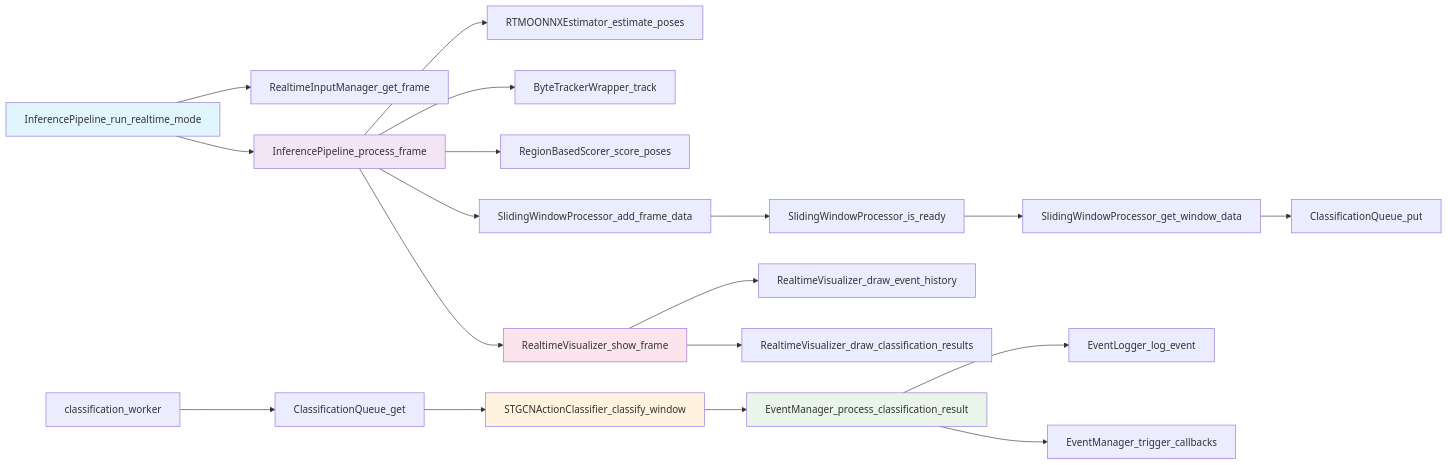
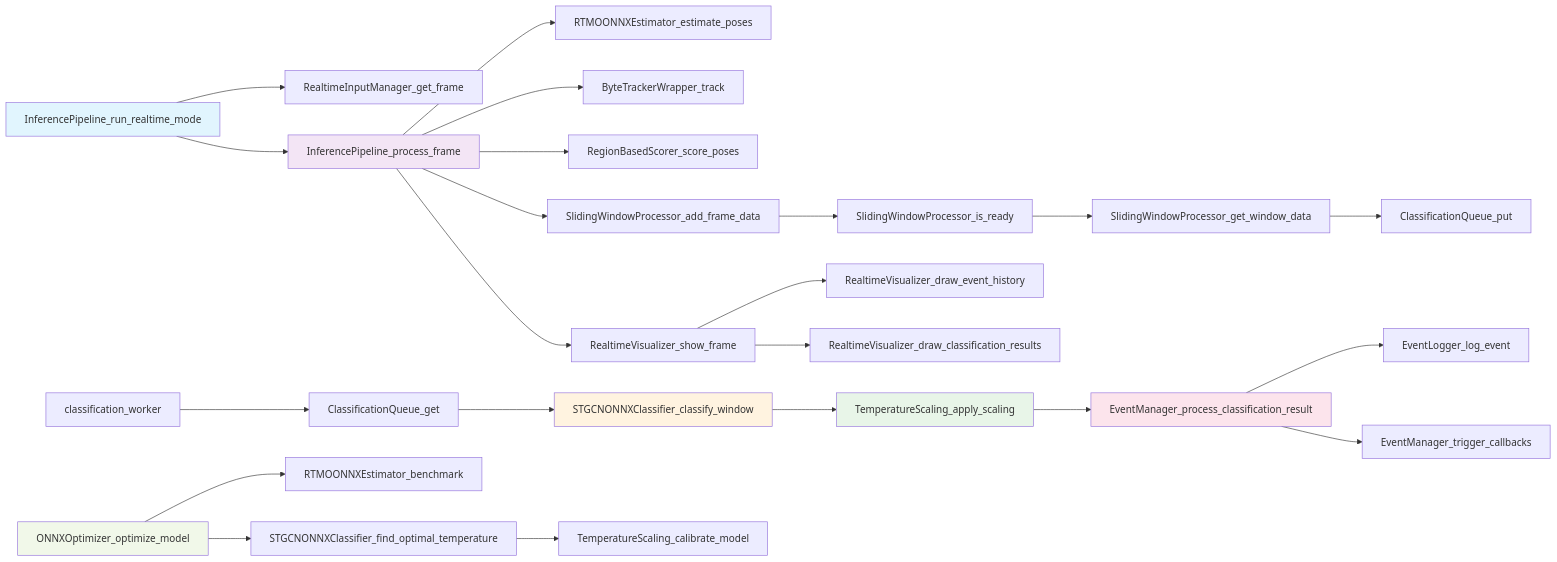
One commit to mars71003219/ar changed the tenth of 11 diagrams in recognizer/docs/UML_DIAGRAMS.md. Above: the diagram before and after it, drawn with Mermaid. The commit also changed other lines of this file and 6 other files, not shown here.

````diff
--- a/recognizer/docs/UML_DIAGRAMS.md
+++ b/recognizer/docs/UML_DIAGRAMS.md
@@ -747,30 +981,36 @@
 ```mermaid
 graph LR
     A[InferencePipeline_run_realtime_mode] --> B[RealtimeInputManager_get_frame]
     A --> C[InferencePipeline_process_frame]
   
     C --> D[RTMOONNXEstimator_estimate_poses]
     C --> E[ByteTrackerWrapper_track]
     C --> F[RegionBasedScorer_score_poses]
     C --> G[SlidingWindowProcessor_add_frame_data]
   
     G --> H[SlidingWindowProcessor_is_ready]
     H --> I[SlidingWindowProcessor_get_window_data]
     I --> J[ClassificationQueue_put]
   
     K[classification_worker] --> L[ClassificationQueue_get]
-    L --> M[STGCNActionClassifier_classify_window]
-    M --> N[EventManager_process_classification_result]
-    N --> O[EventLogger_log_event]
-    N --> P[EventManager_trigger_callbacks]
+    L --> M[STGCNONNXClassifier_classify_window]
+    M --> N[TemperatureScaling_apply_scaling]
+    N --> O[EventManager_process_classification_result]
+    O --> P[EventLogger_log_event]
+    O --> Q[EventManager_trigger_callbacks]
   
-    C --> Q[RealtimeVisualizer_show_frame]
-    Q --> R[RealtimeVisualizer_draw_event_history]
-    Q --> S[RealtimeVisualizer_draw_classification_results]
+    C --> R[RealtimeVisualizer_show_frame]
+    R --> S[RealtimeVisualizer_draw_event_history]
+    R --> T[RealtimeVisualizer_draw_classification_results]
+
+    U[ONNXOptimizer_optimize_model] --> V[RTMOONNXEstimator_benchmark]
+    U --> W[STGCNONNXClassifier_find_optimal_temperature]
+    W --> X[TemperatureScaling_calibrate_model]
   
     style A fill:#e1f5fe
     style C fill:#f3e5f5
     style M fill:#fff3e0
     style N fill:#e8f5e8
-    style Q fill:#fce4ec
+    style O fill:#fce4ec
+    style U fill:#f1f8e9
 ```
````
